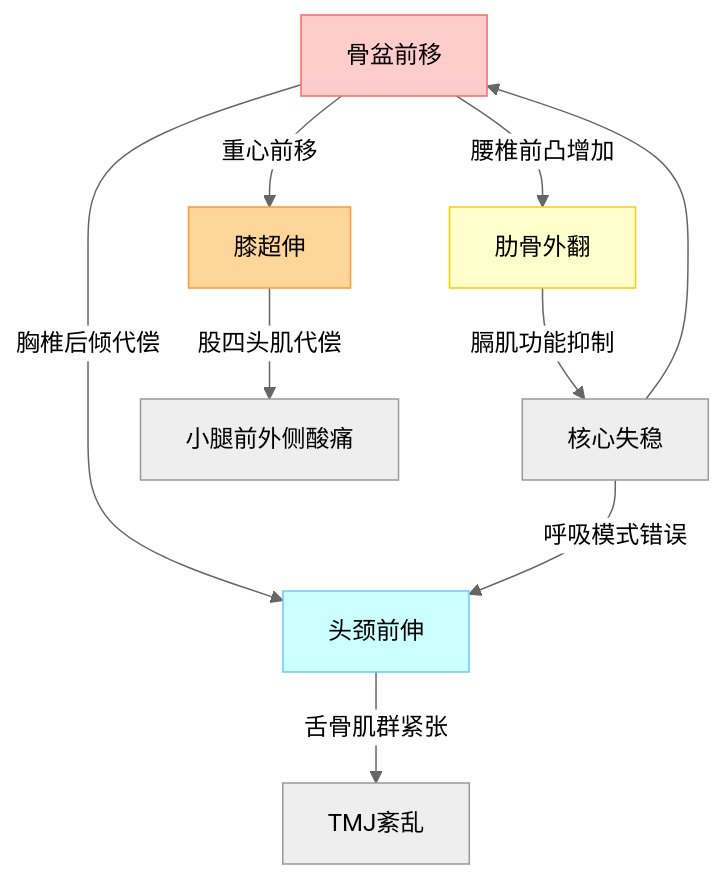
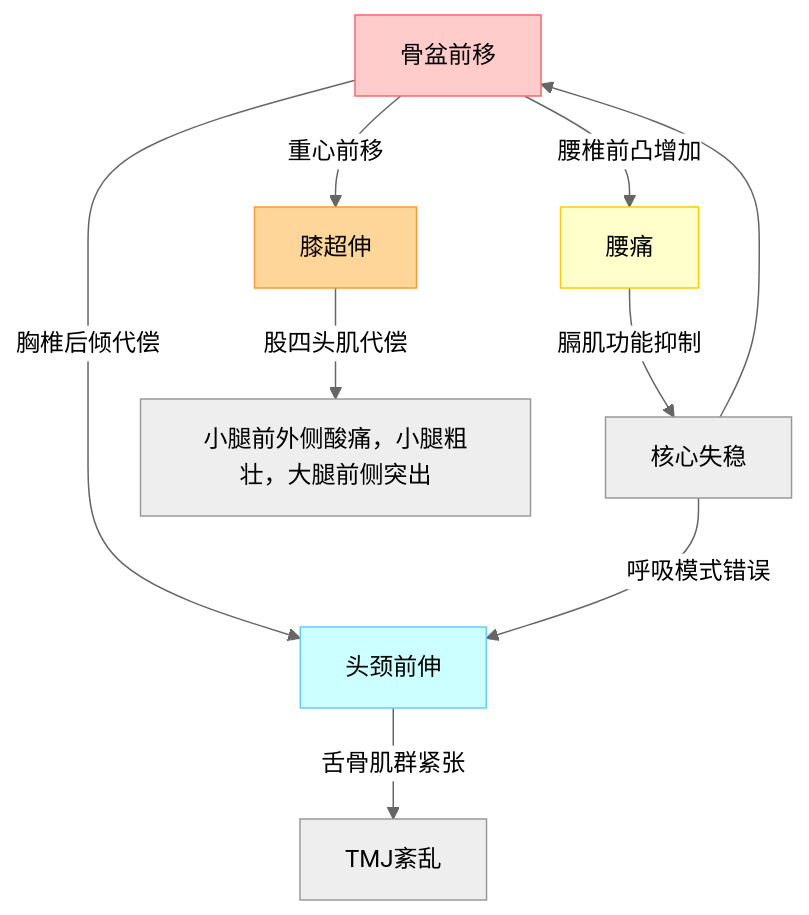
The diagram in blog/2025-06-02-posture/index.md (schwa1997/change), drawn with Mermaid (neutral theme) before and after one commit. The commit also changed other lines of this file and 14 other files, not shown here.

````diff
--- a/blog/2025-06-02-posture/index.md
+++ b/blog/2025-06-02-posture/index.md
@@ -12,15 +12,15 @@
 ```mermaid
 graph TD
     A[骨盆前移] -->|重心前移| B[膝超伸]
-    A -->|腰椎前凸增加| C[肋骨外翻]
+    A -->|腰椎前凸增加| C[腰痛]
     C -->|膈肌功能抑制| D[核心失稳]
     D --> A
-    B -->|股四头肌代偿| E[小腿前外侧酸痛]
+    B -->|股四头肌代偿| E[小腿前外侧酸痛，小腿粗壮，大腿前侧突出]
     A -->|胸椎后倾代偿| F[头颈前伸]
     F -->|舌骨肌群紧张| G[TMJ紊乱]
     D -->|呼吸模式错误| F
     style A fill:#ffcccc,stroke:#ff6666
     style B fill:#ffd699,stroke:#ff9933
     style C fill:#ffffcc,stroke:#ffcc00
     style F fill:#ccffff,stroke:#66ccff
 ```
````
